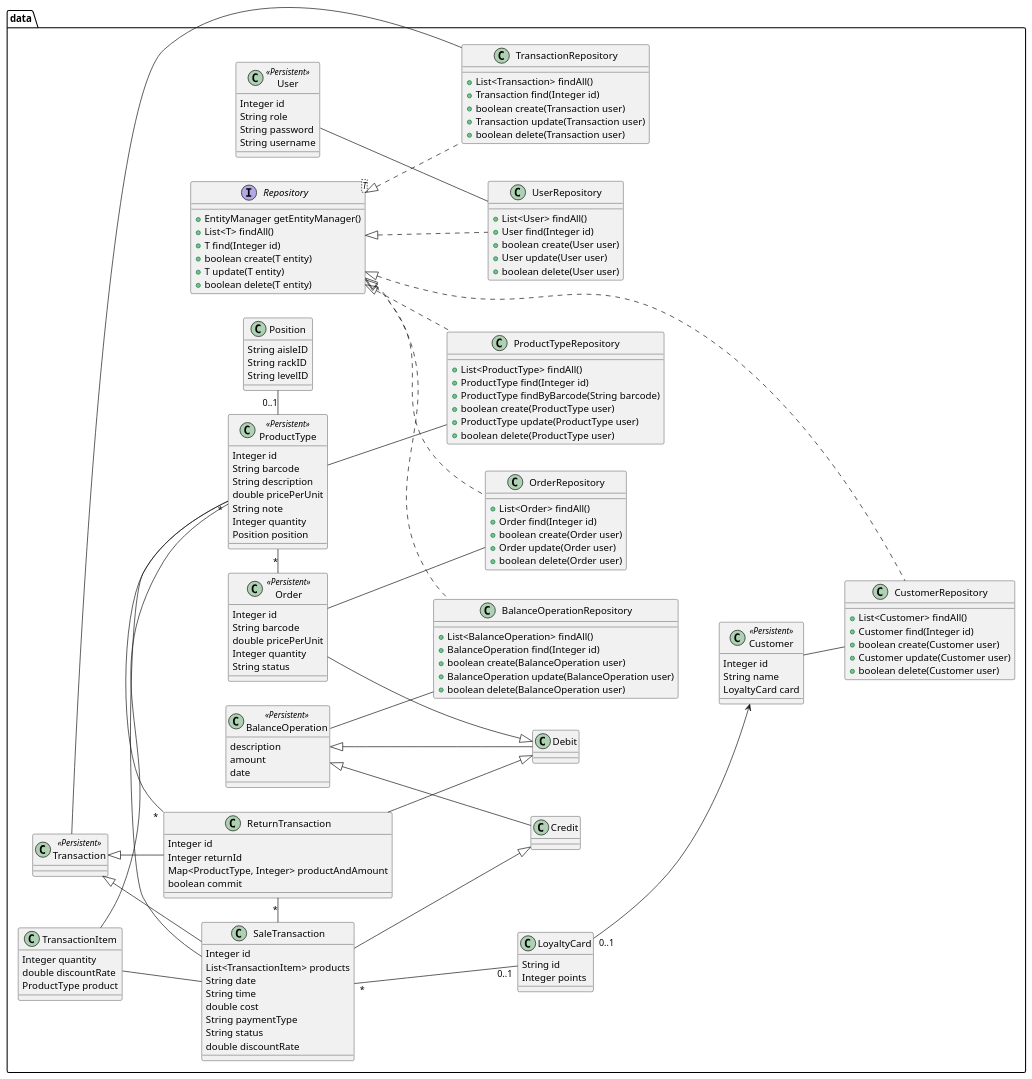
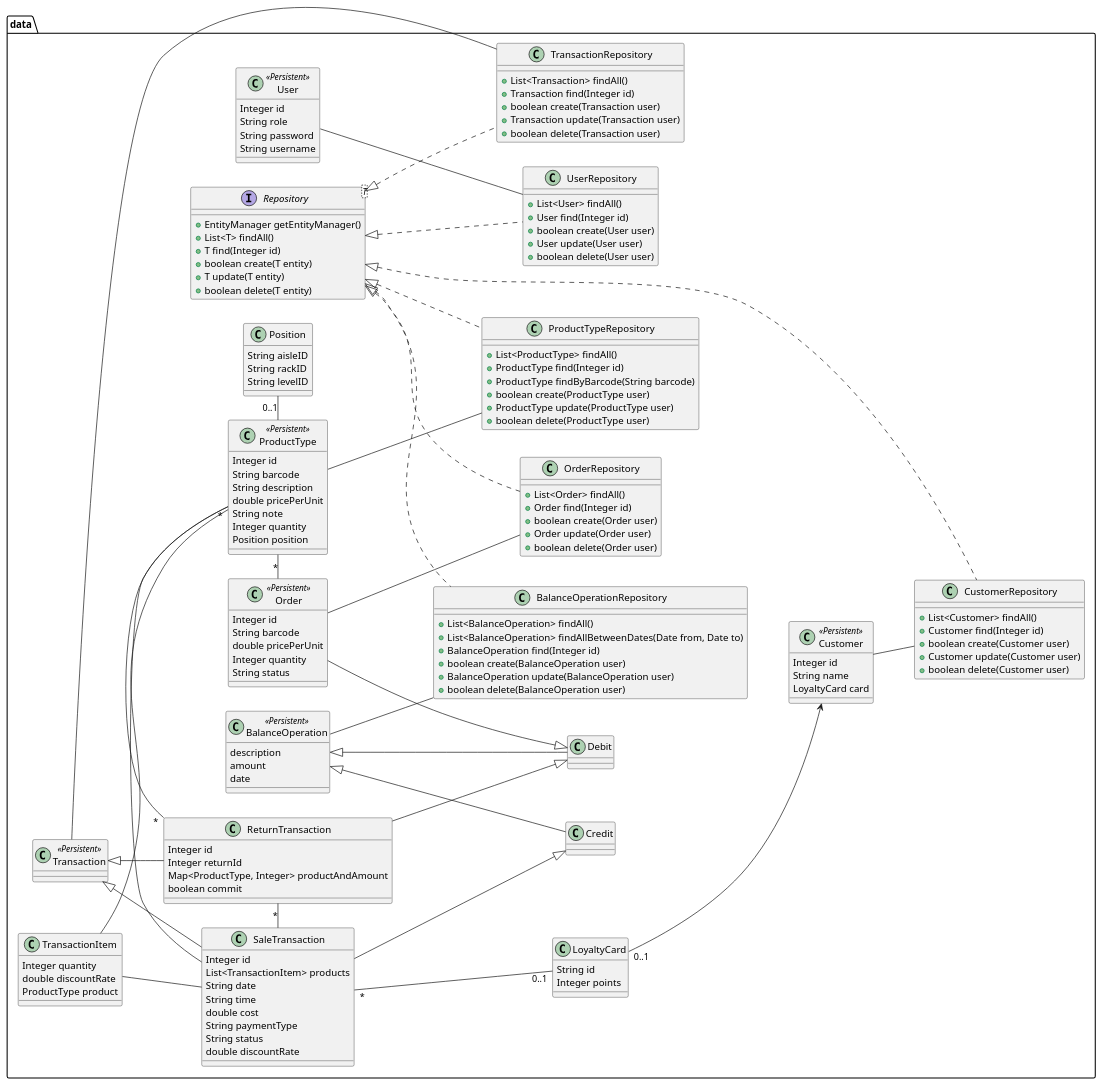
The third of 11 diagrams in Deliverables/DesignDocument.md (mspronesti/ezshop), drawn with PlantUML before and after one commit. The commit also changed other lines of this file, not shown here.

Commit message:
Docs: findAllBetweenDates

```diff
--- a/Deliverables/DesignDocument.md
+++ b/Deliverables/DesignDocument.md
@@ -208,6 +208,7 @@
 
     class BalanceOperationRepository implements Repository {
         +List<BalanceOperation> findAll()
+        +List<BalanceOperation> findAllBetweenDates(Date from, Date to)
         +BalanceOperation find(Integer id)
         +boolean create(BalanceOperation user)
         +BalanceOperation update(BalanceOperation user)
```
